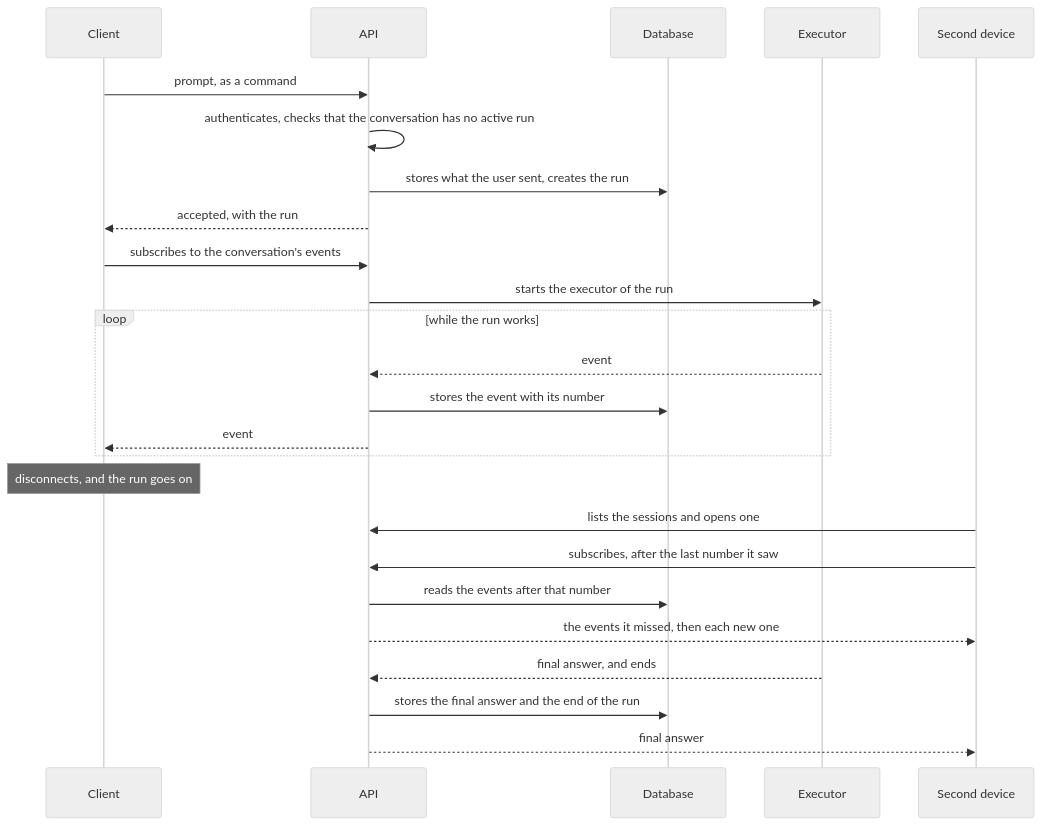
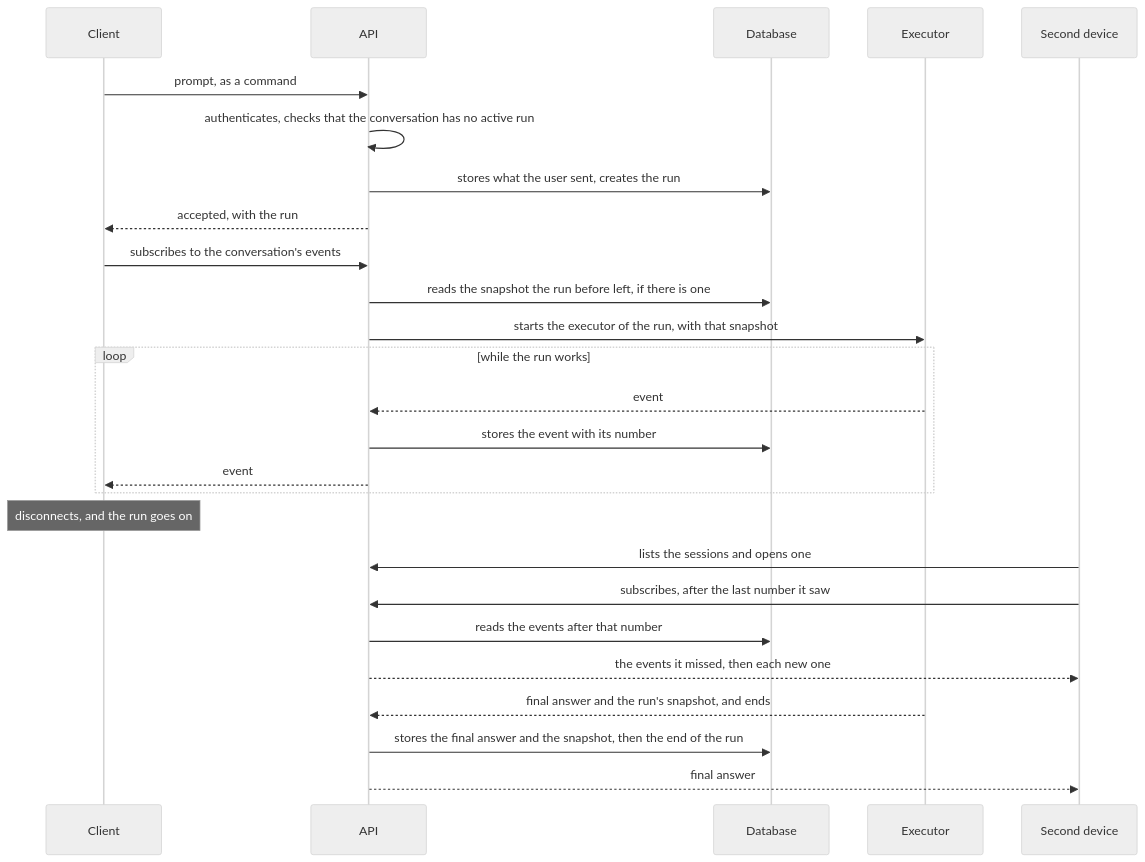
One commit to Mikode13/harness-docs changed the diagram in flows/prompt-and-reconnect.md. Above: the diagram before and after it, drawn with Mermaid (neutral theme). The commit also changed other lines of this file and 9 other files, not shown here.

First line of the commit message:
docs: require a run's processes to be gone, and put the snapshot in the flow

````diff
--- a/flows/prompt-and-reconnect.md
+++ b/flows/prompt-and-reconnect.md
@@ -13,32 +13,33 @@
 ```mermaid
 sequenceDiagram
     participant C as Client
     participant A as API
     participant D as Database
     participant E as Executor
     participant S as Second device
 
     C->>A: prompt, as a command
     A->>A: authenticates, checks that the conversation has no active run
     A->>D: stores what the user sent, creates the run
     A-->>C: accepted, with the run
     C->>A: subscribes to the conversation's events
-    A->>E: starts the executor of the run
+    A->>D: reads the snapshot the run before left, if there is one
+    A->>E: starts the executor of the run, with that snapshot
 
     loop while the run works
         E-->>A: event
         A->>D: stores the event with its number
         A-->>C: event
     end
 
     Note over C: disconnects, and the run goes on
 
     S->>A: lists the sessions and opens one
     S->>A: subscribes, after the last number it saw
     A->>D: reads the events after that number
     A-->>S: the events it missed, then each new one
 
-    E-->>A: final answer, and ends
-    A->>D: stores the final answer and the end of the run
+    E-->>A: final answer and the run's snapshot, and ends
+    A->>D: stores the final answer and the snapshot, then the end of the run
     A-->>S: final answer
 ```
````
